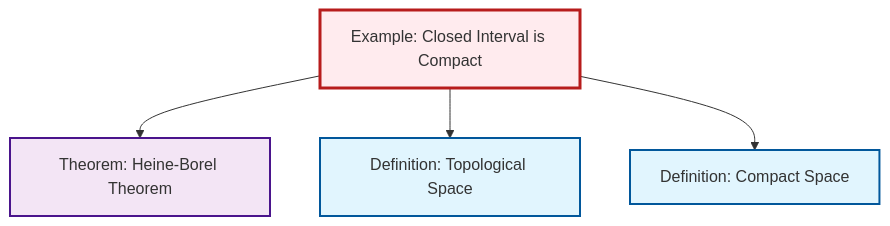
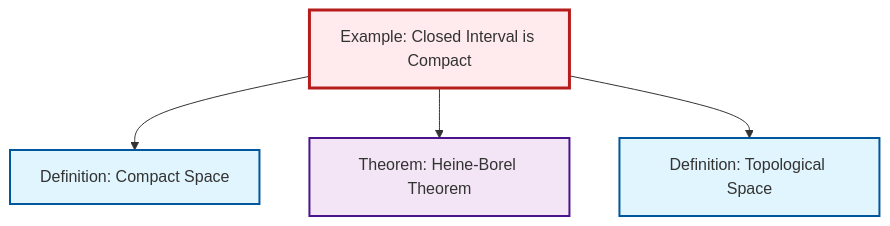
One commit to RK0429/ModernMath changed the diagram in content/en/topology/ex-closed-interval-compact.qmd. Above: the diagram before and after it, drawn with Mermaid. The commit also changed other lines of this file and 531 other files, not shown here.

````diff
--- a/content/en/topology/ex-closed-interval-compact.qmd
+++ b/content/en/topology/ex-closed-interval-compact.qmd
@@ -54,20 +54,20 @@
 ```{mermaid}
 %%| fig-cap: "Local dependency graph"
 graph TD
     classDef definition fill:#e1f5fe,stroke:#01579b,stroke-width:2px
     classDef theorem fill:#f3e5f5,stroke:#4a148c,stroke-width:2px
     classDef axiom fill:#fff3e0,stroke:#e65100,stroke-width:2px
     classDef example fill:#e8f5e9,stroke:#1b5e20,stroke-width:2px
     classDef current fill:#ffebee,stroke:#b71c1c,stroke-width:3px
     ex-closed-interval-compact["Example: Closed Interval is Compact"]:::example
+    thm-heine-borel["Theorem: Heine-Borel Theorem"]:::theorem
+    def-compact["Definition: Compact Space"]:::definition
     def-topological-space["Definition: Topological Space"]:::definition
-    def-compact["Definition: Compact Space"]:::definition
-    thm-heine-borel["Theorem: Heine-Borel Theorem"]:::theorem
+    ex-closed-interval-compact --> def-compact
     ex-closed-interval-compact --> thm-heine-borel
     ex-closed-interval-compact --> def-topological-space
-    ex-closed-interval-compact --> def-compact
     class ex-closed-interval-compact current
+    click thm-heine-borel "thm-heine-borel.html" "Go to Heine-Borel Theorem theorem"
+    click def-compact "def-compact.html" "Go to Compact Space definition"
     click def-topological-space "def-topological-space.html" "Go to Topological Space definition"
-    click def-compact "def-compact.html" "Go to Compact Space definition"
-    click thm-heine-borel "thm-heine-borel.html" "Go to Heine-Borel Theorem theorem"
 ```
````
